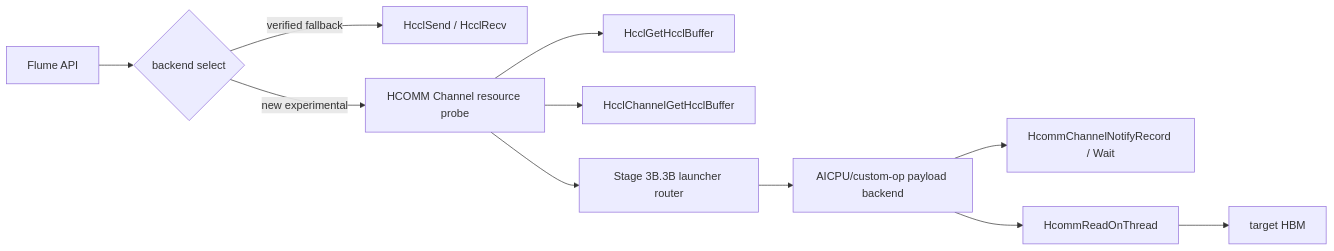
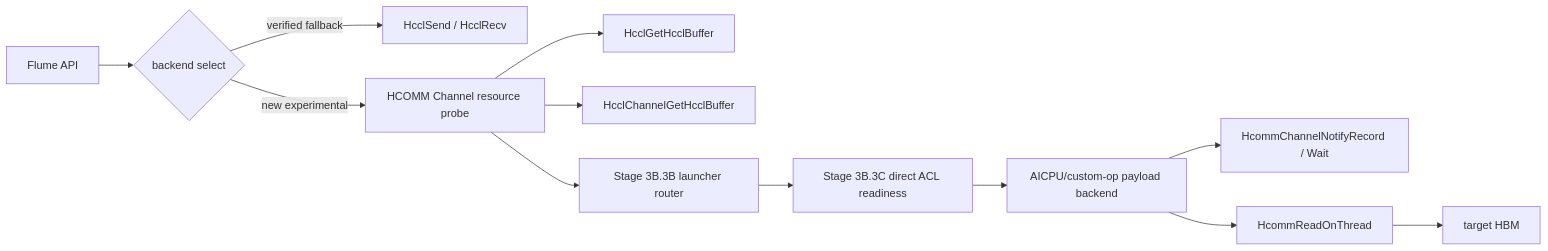
One commit to Leaf-Salix/flume-ascend-host-bypass-datapath changed diagram 11 of 12 in docs/implementation-flow-summary.md. Above: the diagram before and after it, drawn with Mermaid. The commit also changed other lines of this file and 11 other files, not shown here.

Commit message:
Add direct ACL HCOMM launch readiness

````diff
--- a/docs/implementation-flow-summary.md
+++ b/docs/implementation-flow-summary.md
@@ -506,13 +506,14 @@
 ```mermaid
 flowchart LR
     App["Flume API"] --> Select{"backend select"}
     Select -- "verified fallback" --> HcclP2P["HcclSend / HcclRecv"]
     Select -- "new experimental" --> Hcomm["HCOMM Channel resource probe"]
     Hcomm --> LocalBuf["HcclGetHcclBuffer"]
     Hcomm --> RemoteBuf["HcclChannelGetHcclBuffer"]
     Hcomm --> Router["Stage 3B.3B launcher router"]
-    Router --> Payload["AICPU/custom-op payload backend"]
+    Router --> DirectAcl["Stage 3B.3C direct ACL readiness"]
+    DirectAcl --> Payload["AICPU/custom-op payload backend"]
     Payload --> Notify["HcommChannelNotifyRecord / Wait"]
     Payload --> Read["HcommReadOnThread"]
     Read --> Dst["target HBM"]
 ```
````
